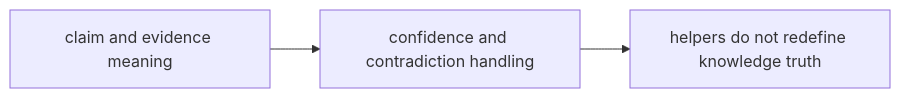
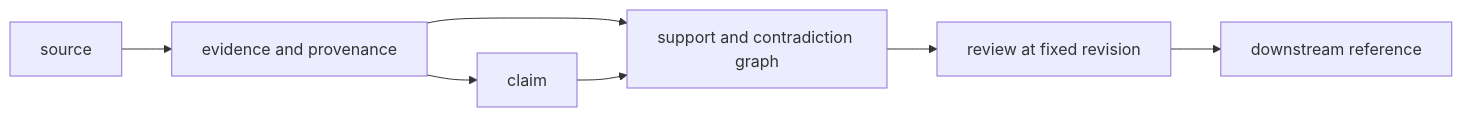
One commit to bijux/bijux-proteomics changed the diagram in docs/06-bijux-proteomics-knowledge/quality/invariants.md. Above: the diagram before and after it, drawn with Mermaid. The commit also changed other lines of this file and 2 other files, not shown here.

Commit message:
docs(knowledge): verify evidence custody chains

````diff
--- a/docs/06-bijux-proteomics-knowledge/quality/invariants.md
+++ b/docs/06-bijux-proteomics-knowledge/quality/invariants.md
@@ -16,8 +31,9 @@
 ```mermaid
 flowchart LR
-    claims["claim and evidence meaning"]
-    confidence["confidence and contradiction handling"]
-    boundary["helpers do not redefine knowledge truth"]
-
-    claims --> confidence --> boundary
+    S["source"] --> E["evidence and provenance"]
+    E --> C["claim"]
+    E --> G["support and contradiction graph"]
+    C --> G
+    G --> R["review at fixed revision"]
+    R --> D["downstream reference"]
 ```
````
